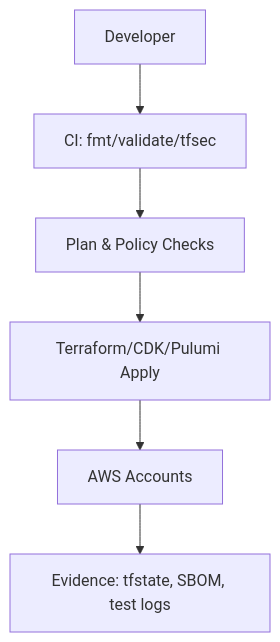
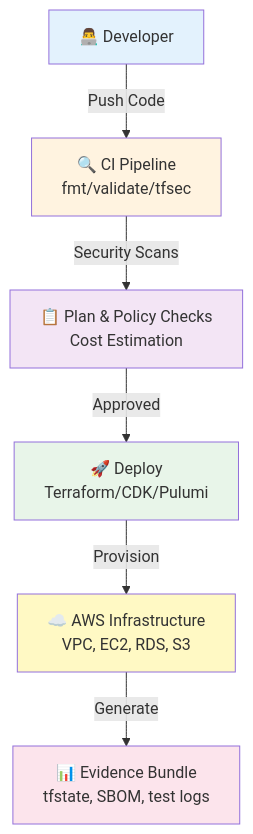
One commit to samueljackson-collab/Samueljackson-collab changed the second of 28 diagrams in README.md. Above: the diagram before and after it, drawn with Mermaid. The commit also changed other lines of this file, not shown here.

Commit message:
Enhanced all diagrams with detailed labels, icons, and styling

````diff
--- a/README.md
+++ b/README.md
@@ -227,8 +227,15 @@
 ```mermaid
 flowchart TD
-  Dev[Developer] --> CI[CI: fmt/validate/tfsec]
-  CI --> Plan[Plan & Policy Checks]
-  Plan --> Apply[Terraform/CDK/Pulumi Apply]
-  Apply --> AWS[AWS Accounts]
-  AWS --> Reports[Evidence: tfstate, SBOM, test logs]
+  Dev[👨‍💻 Developer] -->|Push Code| CI[🔍 CI Pipeline<br/>fmt/validate/tfsec]
+  CI -->|Security Scans| Plan[📋 Plan & Policy Checks<br/>Cost Estimation]
+  Plan -->|Approved| Apply[🚀 Deploy<br/>Terraform/CDK/Pulumi]
+  Apply -->|Provision| AWS[☁️ AWS Infrastructure<br/>VPC, EC2, RDS, S3]
+  AWS -->|Generate| Reports[📊 Evidence Bundle<br/>tfstate, SBOM, test logs]
+  
+  style Dev fill:#e3f2fd
+  style CI fill:#fff3e0
+  style Plan fill:#f3e5f5
+  style Apply fill:#e8f5e9
+  style AWS fill:#fff9c4
+  style Reports fill:#fce4ec
 ```
````
